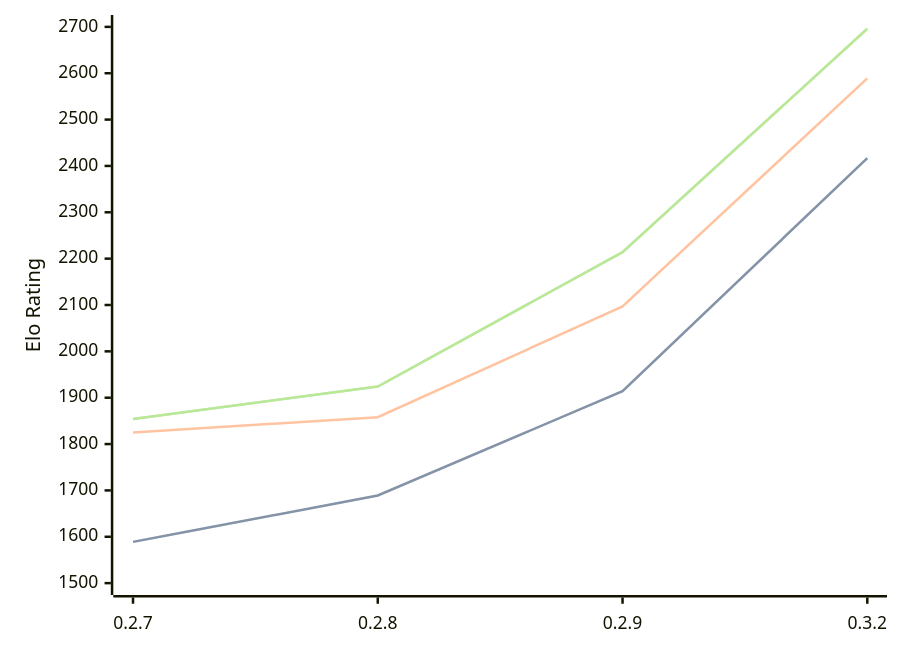
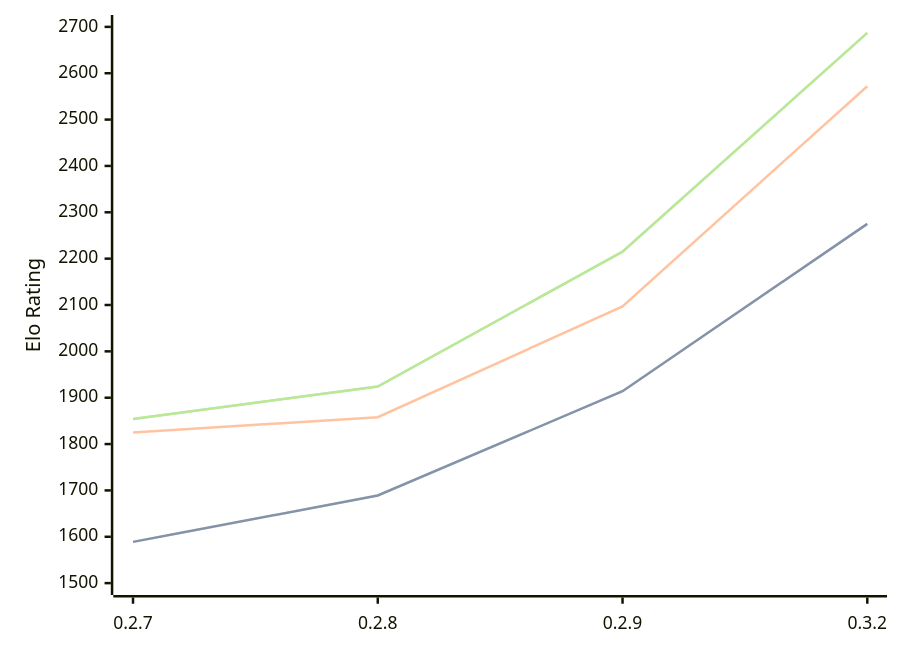
One commit to computer-chess-index/cci changed the first of 3 diagrams in engines/Dual.md. Above: the diagram before and after it, drawn with Mermaid. The commit also changed other lines of this file, not shown here.

Commit message:
Update CCI Ratings (ELO VLTC) - 2026-07-09

````diff
--- a/engines/Dual.md
+++ b/engines/Dual.md
@@ -44,11 +44,11 @@
 ```mermaid
 %%{init: {"theme":"base","themeVariables":{"seriesColors:['#a3a3a3','#222221','#faa371']}}}%%
 xychart-beta
   x-axis ["0.2.7", "0.2.8", "0.2.9", "0.3.2"]
   y-axis "Elo Rating" 1500 --> 2700
-  line "STC (8.0+0.08s)" [1589, 1689, 1914, 2417]
-  line "STC (8.0+0.08s)" [1589, 1689, 1914, 2417]
-  line "LTC (60.0+0.60s)" [1825, 1858, 2097, 2589]
-  line "VLTC (2m24s+1.12s)" [1854, 1924, 2214, 2696]
-  line "VLTC (2m24s+1.12s)" [1854, 1924, 2214, 2696]
+  line "STC (8.0+0.08s)" [1589, 1689, 1914, 2275]
+  line "STC (8.0+0.08s)" [1589, 1689, 1914, 2275]
+  line "LTC (60.0+0.60s)" [1825, 1858, 2097, 2572]
+  line "VLTC (2m24s+1.12s)" [1854, 1924, 2215, 2687]
+  line "VLTC (2m24s+1.12s)" [1854, 1924, 2215, 2687]
 ```
````
